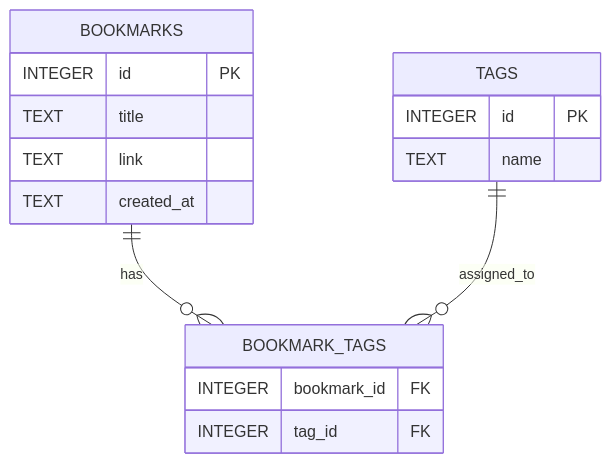
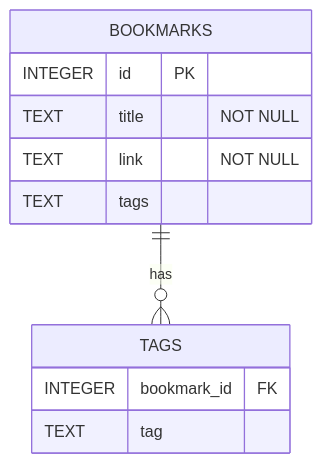
The diagram in doc/README.md (fouladi/peywand), drawn with Mermaid before and after one commit.

Commit message:
doc: fix ER-Model of bookmarks and tags table

````diff
--- a/doc/README.md
+++ b/doc/README.md
@@ -3,22 +3,16 @@
 ```mermaid
 erDiagram
     BOOKMARKS {
         INTEGER id PK
-        TEXT title
-        TEXT link
-        TEXT created_at
+        TEXT title "NOT NULL"
+        TEXT link "NOT NULL"
+        TEXT tags
     }
 
     TAGS {
-        INTEGER id PK
-        TEXT name
+        INTEGER bookmark_id FK
+        TEXT tag
     }
 
-    BOOKMARK_TAGS {
-        INTEGER bookmark_id FK
-        INTEGER tag_id FK
-    }
-
-    BOOKMARKS ||--o{ BOOKMARK_TAGS : has
-    TAGS ||--o{ BOOKMARK_TAGS : assigned_to
+    BOOKMARKS ||--o{ TAGS : has
 ```
````
